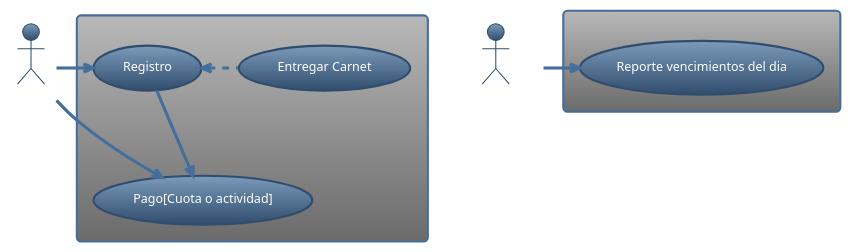
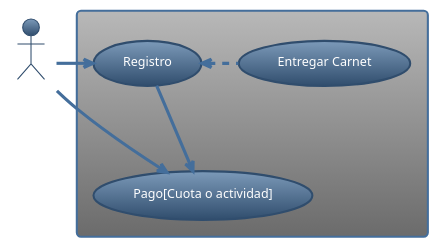
The first of 2 diagrams in tpi/usecase.adoc (itfs29/2024-modelado), drawn with PlantUML before and after one commit. The commit also changed other lines of this file and 4 other files, not shown here.

```diff
--- a/tpi/usecase.adoc
+++ b/tpi/usecase.adoc
@@ -19,27 +19,22 @@
 [plantuml, target=infr2599146368, svg]
 ....
 @startuml
 
 !theme spacelab
 
 :Cliente: as cli
-:Administrativo: as adm
 
 rectangle {
     (Registro) as (reg)
     (Pago[Cuota o actividad]) as (pago)
     (Entregar Carnet) as (entcar)
 }
 
 (cli) -r-> (reg)
 (reg) --> (pago)
 (reg) <.r. (entcar)
 (cli) -r-> (pago)
 
-rectangle {
-    (Reporte vencimientos del dia) as (vendia)
-    (adm) -r-> (vendia)
-}
 
 @enduml
 ....
```
